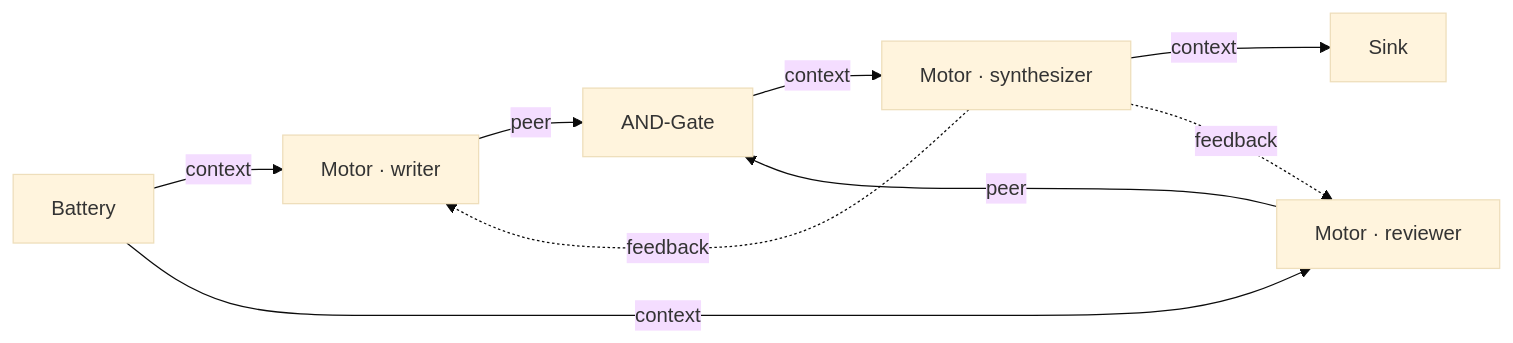
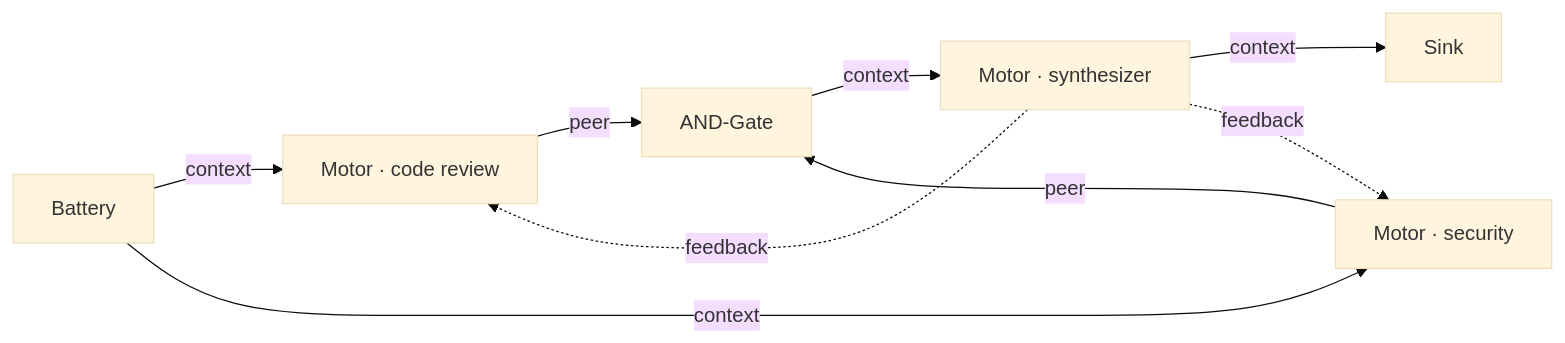
Before and after one commit to ssm-08/cirkit: the diagram in docs/index.md, drawn with Mermaid (base theme). The commit also changed other lines of this file and 2 other files, not shown here.

Commit message:
docs: fix parallel reviewer diagram, clarify gate synthesize vs synthesizer Motor, gate-block feedback behavior

````diff
--- a/docs/index.md
+++ b/docs/index.md
@@ -5,11 +7,11 @@
 ```mermaid
 flowchart LR
-    bat[Battery] -->|context| wr[Motor · writer]
-    bat -->|context| rv[Motor · reviewer]
-    wr -->|peer| gate[AND-Gate]
-    rv -->|peer| gate
+    bat[Battery] -->|context| ra[Motor · code review]
+    bat -->|context| rb[Motor · security]
+    ra -->|peer| gate[AND-Gate]
+    rb -->|peer| gate
     gate -->|context| syn[Motor · synthesizer]
     syn -->|context| sink[Sink]
-    syn -.->|feedback| wr
-    syn -.->|feedback| rv
+    syn -.->|feedback| ra
+    syn -.->|feedback| rb
 ```
````
